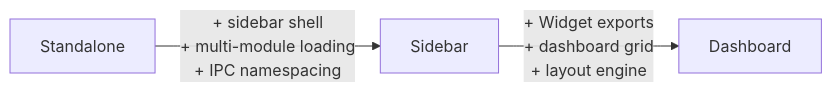
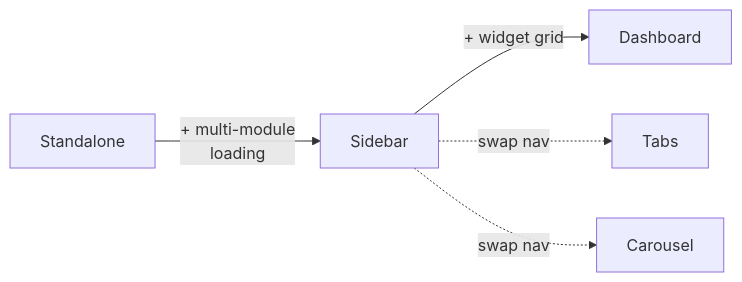
The sixth of 6 diagrams in diagrams/module-models.md (jeremysykes/aro-studio-apps-dev), drawn with Mermaid before and after one commit. The commit also changed other lines of this file and 22 other files, not shown here.

Commit message:
feat: adding carousel, tabs and dashboard models - need to fix carousel slide drift

````diff
--- a/diagrams/module-models.md
+++ b/diagrams/module-models.md
@@ -84,5 +139,7 @@
 ```mermaid
 flowchart LR
-  A["Standalone"] -->|"+ sidebar shell<br/>+ multi-module loading<br/>+ IPC namespacing"| B["Sidebar"]
-  B -->|"+ Widget exports<br/>+ dashboard grid<br/>+ layout engine"| C["Dashboard"]
+  A["Standalone"] -->|"+ multi-module<br/>loading"| B["Sidebar"]
+  B -->|"+ widget grid"| C["Dashboard"]
+  B -.->|"swap nav"| D["Tabs"]
+  B -.->|"swap nav"| E["Carousel"]
 ```
````
